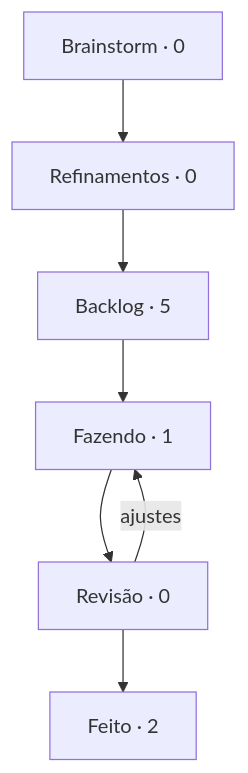
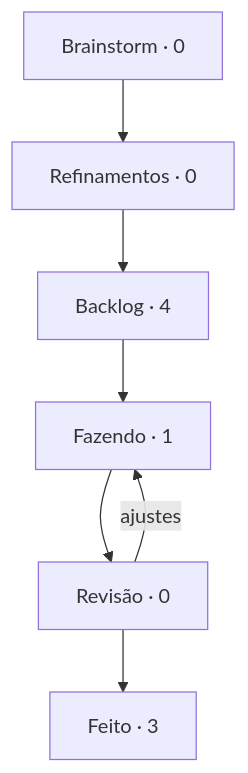
Before and after one commit to StudioVibi/VibiKanban: the diagram in boards/geral/BOARD.md, drawn with Mermaid. The commit also changed other lines of this file and 2 other files, not shown here.

````diff
--- a/boards/geral/BOARD.md
+++ b/boards/geral/BOARD.md
@@ -5,12 +5,12 @@
 ```mermaid
 flowchart TD
   brainstorm["Brainstorm · 0"] --> refinamentos["Refinamentos · 0"]
-  refinamentos --> backlog["Backlog · 5"]
+  refinamentos --> backlog["Backlog · 4"]
   backlog --> doing["Fazendo · 1"]
   doing --> review["Revisão · 0"]
-  review --> done["Feito · 2"]
+  review --> done["Feito · 3"]
   review -->|ajustes| doing
   doing:::blue
   review:::yellow
   done:::green
 ```
````
